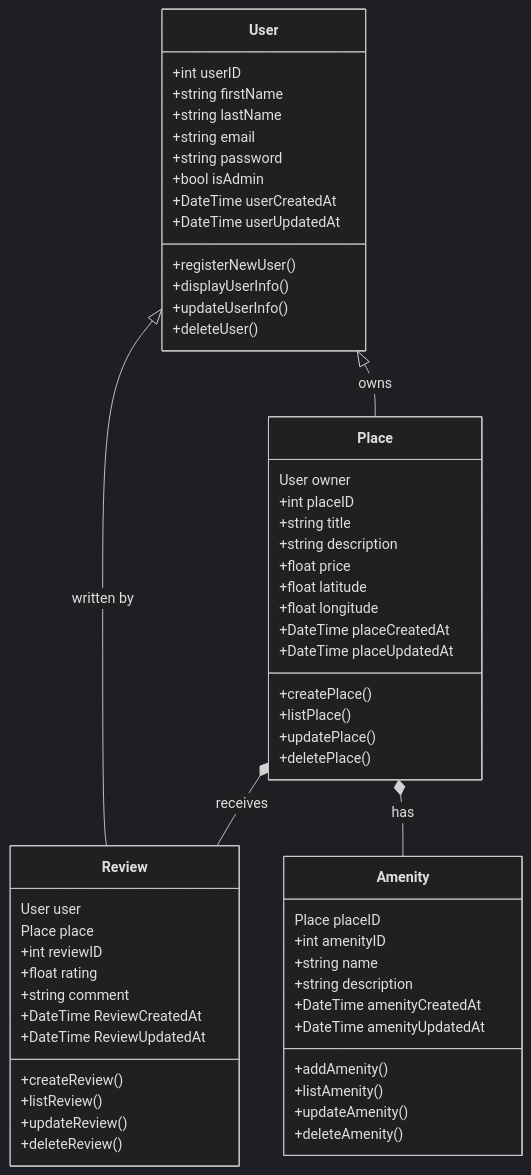
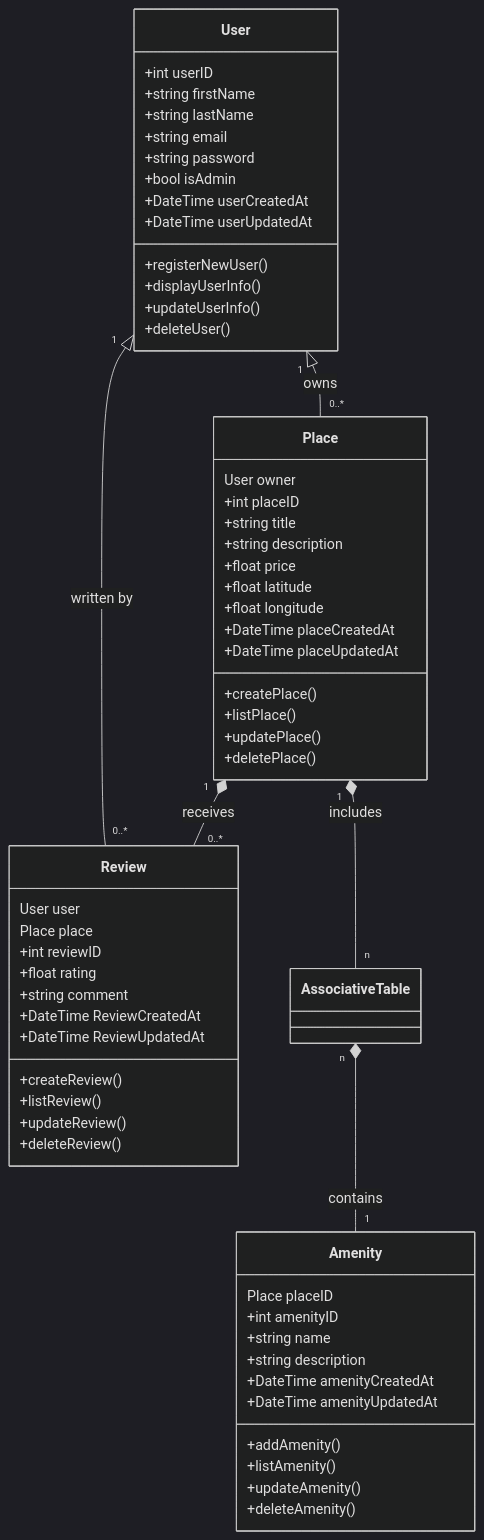
Before and after one commit to Basco64/HBNB_UML: the diagram in 1.Detailled_class_diagram_for_business_logic.md, drawn with Mermaid (dark theme).

````diff
--- a/1.Detailled_class_diagram_for_business_logic.md
+++ b/1.Detailled_class_diagram_for_business_logic.md
@@ -1,66 +1,69 @@
 ```mermaid
 classDiagram
 
 class User {
     +int userID
     +string firstName
     +string lastName
     +string email
     +string password
     +bool isAdmin
     +DateTime userCreatedAt
     +DateTime userUpdatedAt
     +registerNewUser()
     +displayUserInfo()
     +updateUserInfo()
     +deleteUser()
 }
 
 class Place {
     User owner
     +int placeID
     +string title
     +string description
     +float price
     +float latitude
     +float longitude
     +DateTime placeCreatedAt
     +DateTime placeUpdatedAt
     +createPlace()
     +listPlace()
     +updatePlace()
     +deletePlace()
 }
 
 class Review {
     User user
     Place place
     +int reviewID
     +float rating
     +string comment
     +DateTime ReviewCreatedAt
     +DateTime ReviewUpdatedAt
     +createReview()
     +listReview()
     +updateReview()
     +deleteReview()
 }
 
 class Amenity {
     Place placeID
     +int amenityID
     +string name
     +string description
     +DateTime amenityCreatedAt
     +DateTime amenityUpdatedAt
     +addAmenity()
     +listAmenity()
     +updateAmenity()
     +deleteAmenity()
 }
 
-User <|-- Place : owns
-User <|-- Review : written by
-Place *-- Review : receives
-Place *-- Amenity : has
+class AssociativeTable
+
+User "1" <|-- "0..*" Place : owns 
+User "1" <|-- "0..*" Review : written by 
+Place "1" *-- "0..*" Review : receives
+Place "1" *-- "n" AssociativeTable: includes
+AssociativeTable "n" *-- "1" Amenity: contains
 ```
````
